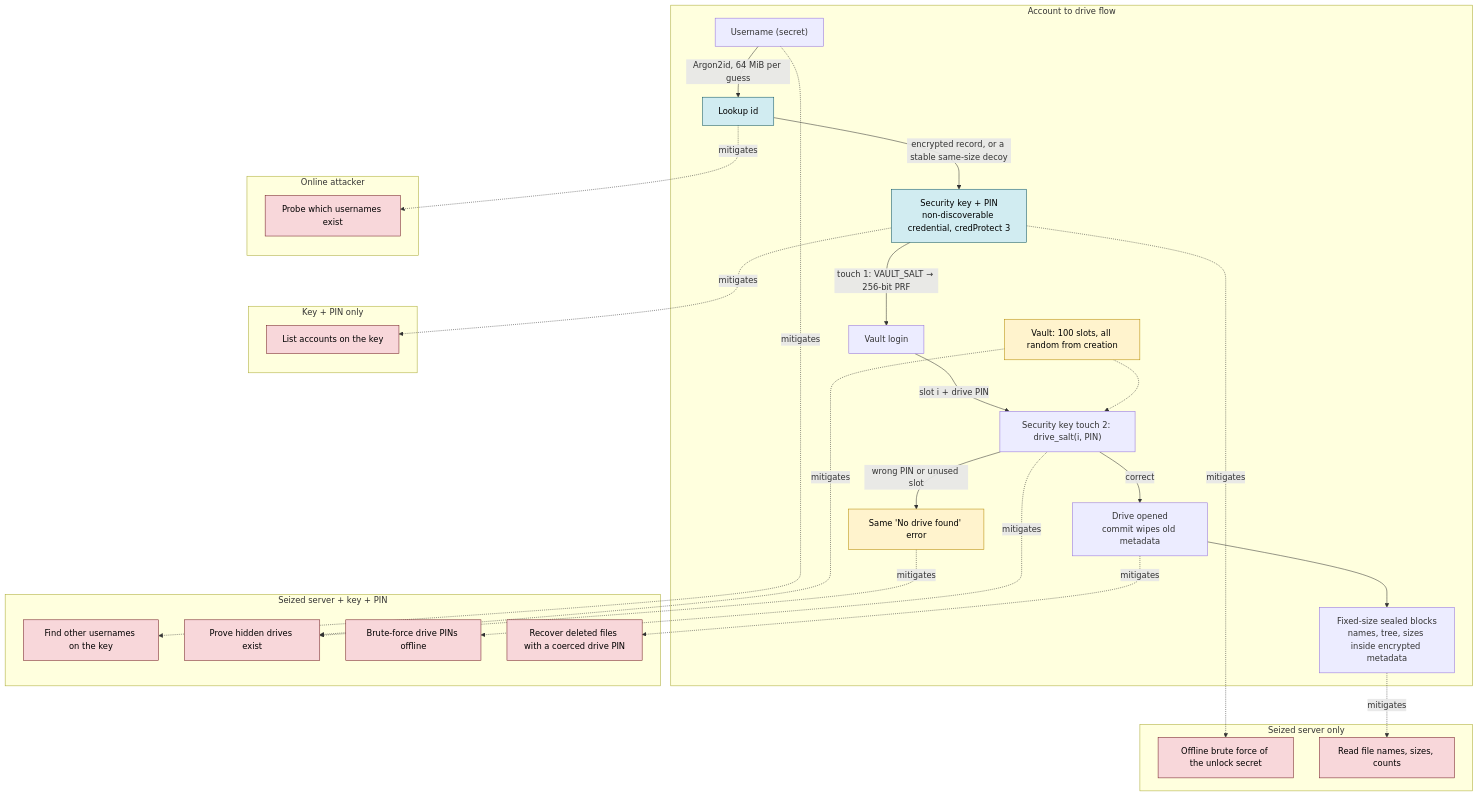
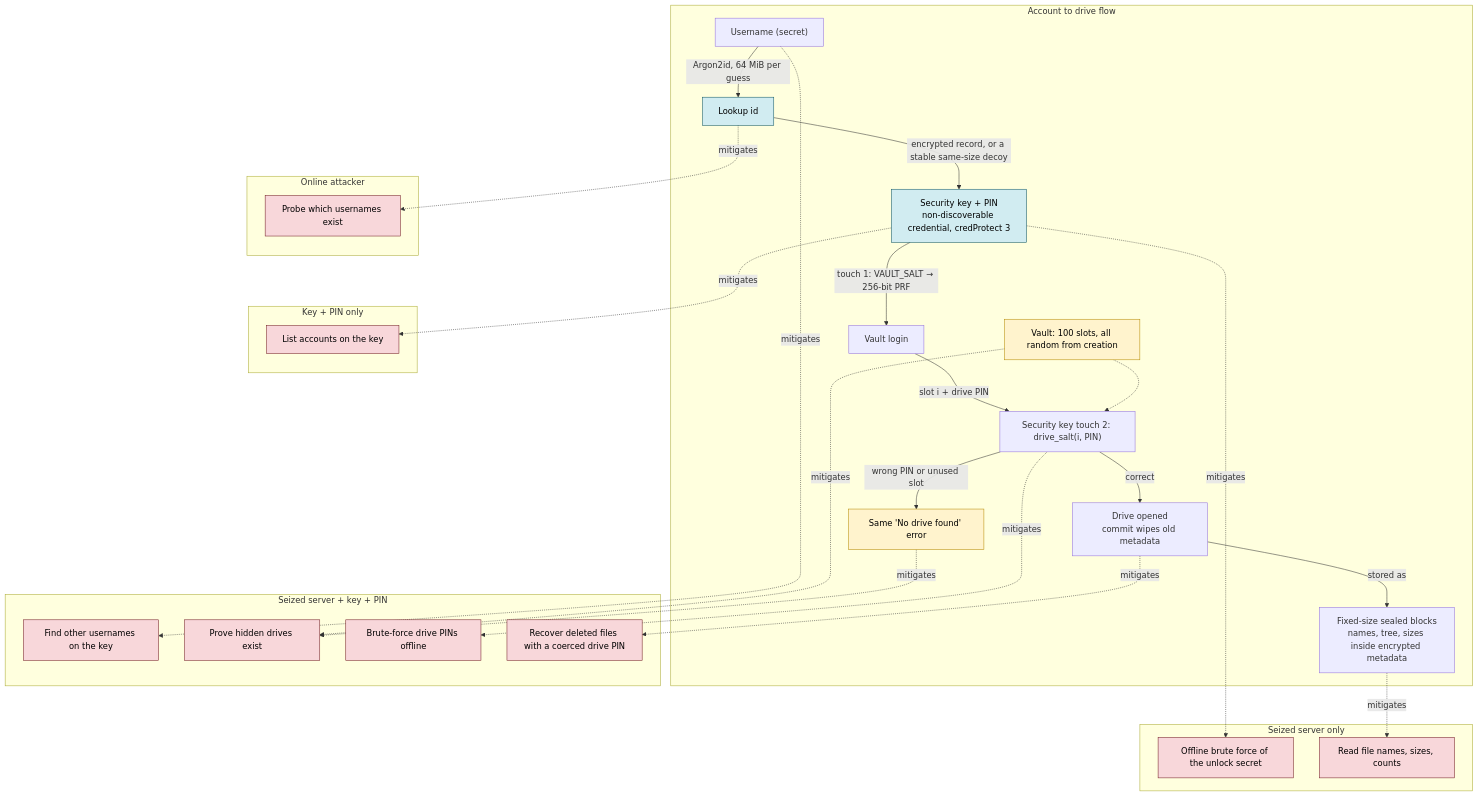
One commit to CodeXTF2/strongbox changed the diagram in README.md. Above: the diagram before and after it, drawn with Mermaid.

Commit message:
docs(readme): label drive-to-blocks flow edge in threat diagram

````diff
--- a/README.md
+++ b/README.md
@@ -49,47 +49,47 @@
 ```mermaid
 flowchart TD
   subgraph flow["Account to drive flow"]
     U["Username (secret)"] -->|"Argon2id, 64 MiB per guess"| L["Lookup id"]
     L -->|"encrypted record, or a stable same-size decoy"| K["Security key + PIN<br/>non-discoverable credential, credProtect 3"]
     K -->|"touch 1: VAULT_SALT → 256-bit PRF"| V["Vault login"]
     V -->|"slot i + drive PIN"| K2["Security key touch 2: drive_salt(i, PIN)"]
     K2 -->|"correct"| O["Drive opened<br/>commit wipes old metadata"]
     K2 -->|"wrong PIN or unused slot"| N["Same 'No drive found' error"]
     S["Vault: 100 slots, all random from creation"] -.-> K2
-    O --> B["Fixed-size sealed blocks<br/>names, tree, sizes inside encrypted metadata"]
+    O -->|"stored as"| B["Fixed-size sealed blocks<br/>names, tree, sizes inside encrypted metadata"]
   end
 
   subgraph online["Online attacker"]
     T1["Probe which usernames exist"]
   end
   subgraph seized["Seized server only"]
     T2["Offline brute force of the unlock secret"]
     T3["Read file names, sizes, counts"]
   end
   subgraph coerced["Seized server + key + PIN"]
     T4["Find other usernames on the key"]
     T5["Prove hidden drives exist"]
     T6["Brute-force drive PINs offline"]
     T7["Recover deleted files with a coerced drive PIN"]
   end
   subgraph keyonly["Key + PIN only"]
     T8["List accounts on the key"]
   end
 
   L -.->|mitigates| T1
   K -.->|mitigates| T2
   B -.->|mitigates| T3
   U -.->|mitigates| T4
   S -.->|mitigates| T5
   N -.->|mitigates| T5
   K2 -.->|mitigates| T6
   O -.->|mitigates| T7
   K -.->|mitigates| T8
 
   classDef account fill:#d1ecf1,stroke:#0c5460,color:#000
   classDef vault fill:#fff3cd,stroke:#b58900,color:#000
   classDef threat fill:#f8d7da,stroke:#721c24,color:#000
   class L,K account
   class N,S vault
   class T1,T2,T3,T4,T5,T6,T7,T8 threat
 ```
````
